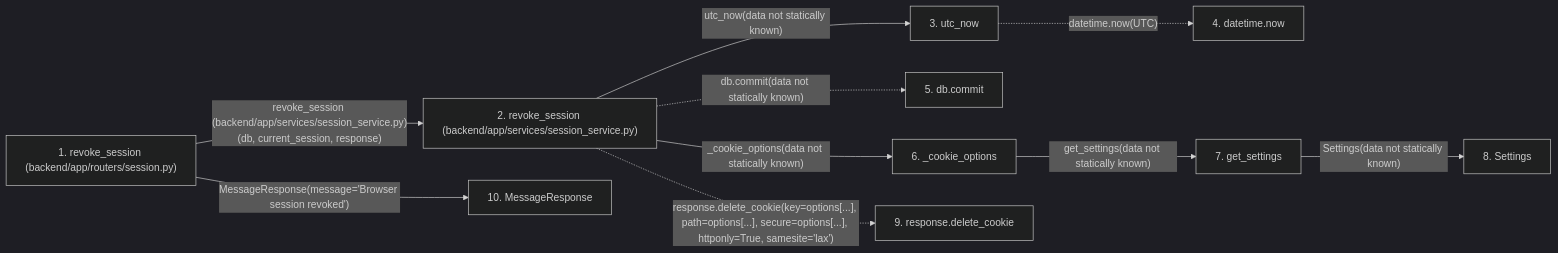
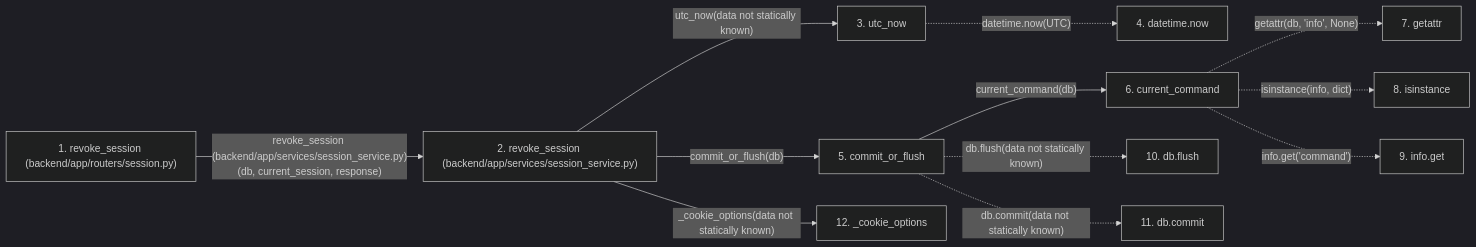
One commit to Denissvgn/WorkChord changed the second of 2 diagrams in docs/llm_wiki/flows/http-revoke_session.md. Above: the diagram before and after it, drawn with Mermaid (dark theme). The commit also changed other lines of this file and 958 other files, not shown here.

First line of the commit message:
docs(wiki): refresh identity and recovery architecture

````diff
--- a/docs/llm_wiki/flows/http-revoke_session.md
+++ b/docs/llm_wiki/flows/http-revoke_session.md
@@ -36,29 +57,32 @@
 ```mermaid
 flowchart LR
     s1["1. revoke_session (backend/app/routers/session.py)"]
     s2["2. revoke_session (backend/app/services/session_service.py)"]
     s3["3. utc_now"]
     s4["4. datetime.now"]
-    s5["5. db.commit"]
-    s6["6. _cookie_options"]
-    s7["7. get_settings"]
-    s8["8. Settings"]
-    s9["9. response.delete_cookie"]
-    s10["10. MessageResponse"]
+    s5["5. commit_or_flush"]
+    s6["6. current_command"]
+    s7["7. getattr"]
+    s8["8. isinstance"]
+    s9["9. info.get"]
+    s10["10. db.flush"]
+    s11["11. db.commit"]
+    s12["12. _cookie_options"]
     s1 -->|"revoke_session (backend/app/services/session_service.py)(db, current_session, response)"| s2
     s2 -->|"utc_now(data not statically known)"| s3
     s3 -. "datetime.now(UTC)" .-> s4
-    s2 -. "db.commit(data not statically known)" .-> s5
-    s2 -->|"_cookie_options(data not statically known)"| s6
-    s6 -->|"get_settings(data not statically known)"| s7
-    s7 -->|"Settings(data not statically known)"| s8
-    s2 -. "response.delete_cookie(key=options[...], path=options[...], secure=options[...], httponly=True, samesite='lax')" .-> s9
-    s1 -->|"MessageResponse(message='Browser session revoked')"| s10
+    s2 -->|"commit_or_flush(db)"| s5
+    s5 -->|"current_command(db)"| s6
+    s6 -. "getattr(db, 'info', None)" .-> s7
+    s6 -. "isinstance(info, dict)" .-> s8
+    s6 -. "info.get('command')" .-> s9
+    s5 -. "db.flush(data not statically known)" .-> s10
+    s5 -. "db.commit(data not statically known)" .-> s11
+    s2 -->|"_cookie_options(data not statically known)"| s12
     click s1 "../modules/routers_session.md"
     click s2 "../modules/session_service.md"
     click s3 "../modules/time.md"
-    click s6 "../modules/session_service.md"
-    click s7 "../modules/config.md"
-    click s8 "../modules/config.md"
-    click s10 "../modules/schemas_common.md"
+    click s5 "../modules/commands.md"
+    click s6 "../modules/commands.md"
+    click s12 "../modules/session_service.md"
 ```
````
